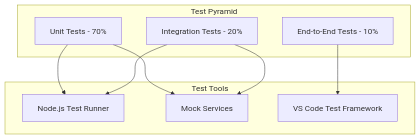
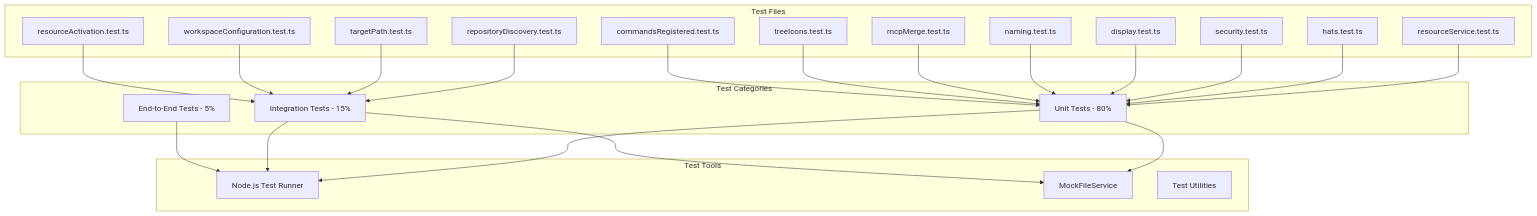
One commit to microsoft/ContextShare changed the ninth of 10 diagrams in SOFTWARE_ARCHITECTURE_SPECIFICATION.md. Above: the diagram before and after it, drawn with Mermaid. The commit also changed other lines of this file and 20 other files, not shown here.

````diff
--- a/SOFTWARE_ARCHITECTURE_SPECIFICATION.md
+++ b/SOFTWARE_ARCHITECTURE_SPECIFICATION.md
@@ -962,20 +1090,48 @@
 ```mermaid
 graph TD
-    subgraph "Test Pyramid"
-        UT[Unit Tests - 70%]
-        IT[Integration Tests - 20%]
-        E2E[End-to-End Tests - 10%]
+    subgraph "Test Categories"
+        UT[Unit Tests - 80%]
+        IT[Integration Tests - 15%]
+        E2E[End-to-End Tests - 5%]
     end
     
     subgraph "Test Tools"
         Node[Node.js Test Runner]
-        Mock[Mock Services]
-        VSCTest[VS Code Test Framework]
+        Mock[MockFileService]
+        TestUtils[Test Utilities]
+    end
+    
+    subgraph "Test Files"
+        RS[resourceService.test.ts]
+        HS[hats.test.ts]
+        SEC[security.test.ts]
+        DIS[display.test.ts]
+        NAM[naming.test.ts]
+        MCP[mcpMerge.test.ts]
+        TREE[treeIcons.test.ts]
+        CMD[commandsRegistered.test.ts]
+        REPO[repositoryDiscovery.test.ts]
+        TARGET[targetPath.test.ts]
+        WS[workspaceConfiguration.test.ts]
+        ACT[resourceActivation.test.ts]
     end
     
     UT --> Node
     UT --> Mock
     IT --> Node
     IT --> Mock
-    E2E --> VSCTest
+    E2E --> Node
+    
+    RS --> UT
+    HS --> UT
+    SEC --> UT
+    DIS --> UT
+    NAM --> UT
+    MCP --> UT
+    TREE --> UT
+    CMD --> UT
+    REPO --> IT
+    TARGET --> IT
+    WS --> IT
+    ACT --> IT
 ```
````
